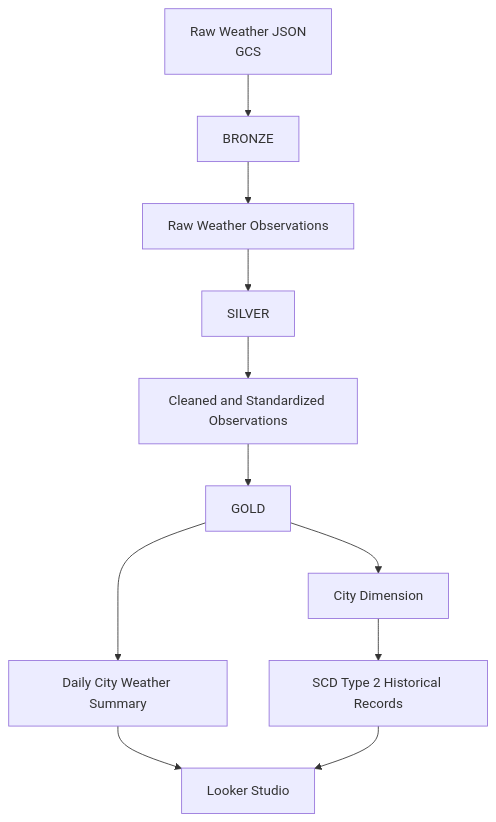
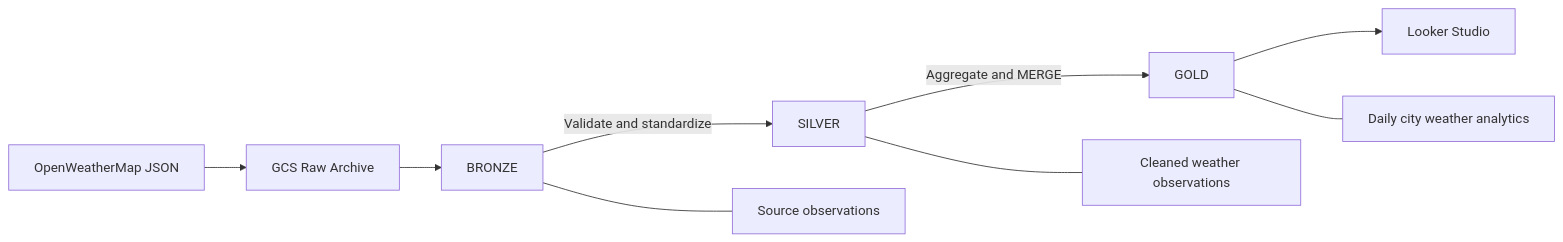
One commit to cloudwithpavan/AtmosData changed the third of 7 diagrams in README.md. Above: the diagram before and after it, drawn with Mermaid. The commit also changed other lines of this file, not shown here.

````diff
--- a/README.md
+++ b/README.md
@@ -99,13 +215,12 @@
 ```mermaid
-flowchart TD
-    A["Raw Weather JSON<br/>GCS"] --> B["BRONZE"]
-    B --> C["Raw Weather Observations"]
-    C --> D["SILVER"]
-    D --> E["Cleaned and Standardized Observations"]
-    E --> F["GOLD"]
-    F --> G["Daily City Weather Summary"]
-    F --> H["City Dimension"]
-    H --> I["SCD Type 2 Historical Records"]
-    G --> J["Looker Studio"]
-    I --> J
+flowchart LR
+    A["OpenWeatherMap JSON"] --> B["GCS Raw Archive"]
+    B --> C["BRONZE"]
+    C -->|"Validate and standardize"| D["SILVER"]
+    D -->|"Aggregate and MERGE"| E["GOLD"]
+    E --> F["Looker Studio"]
+
+    C --- C1["Source observations"]
+    D --- D1["Cleaned weather observations"]
+    E --- E1["Daily city weather analytics"]
 ```
````
